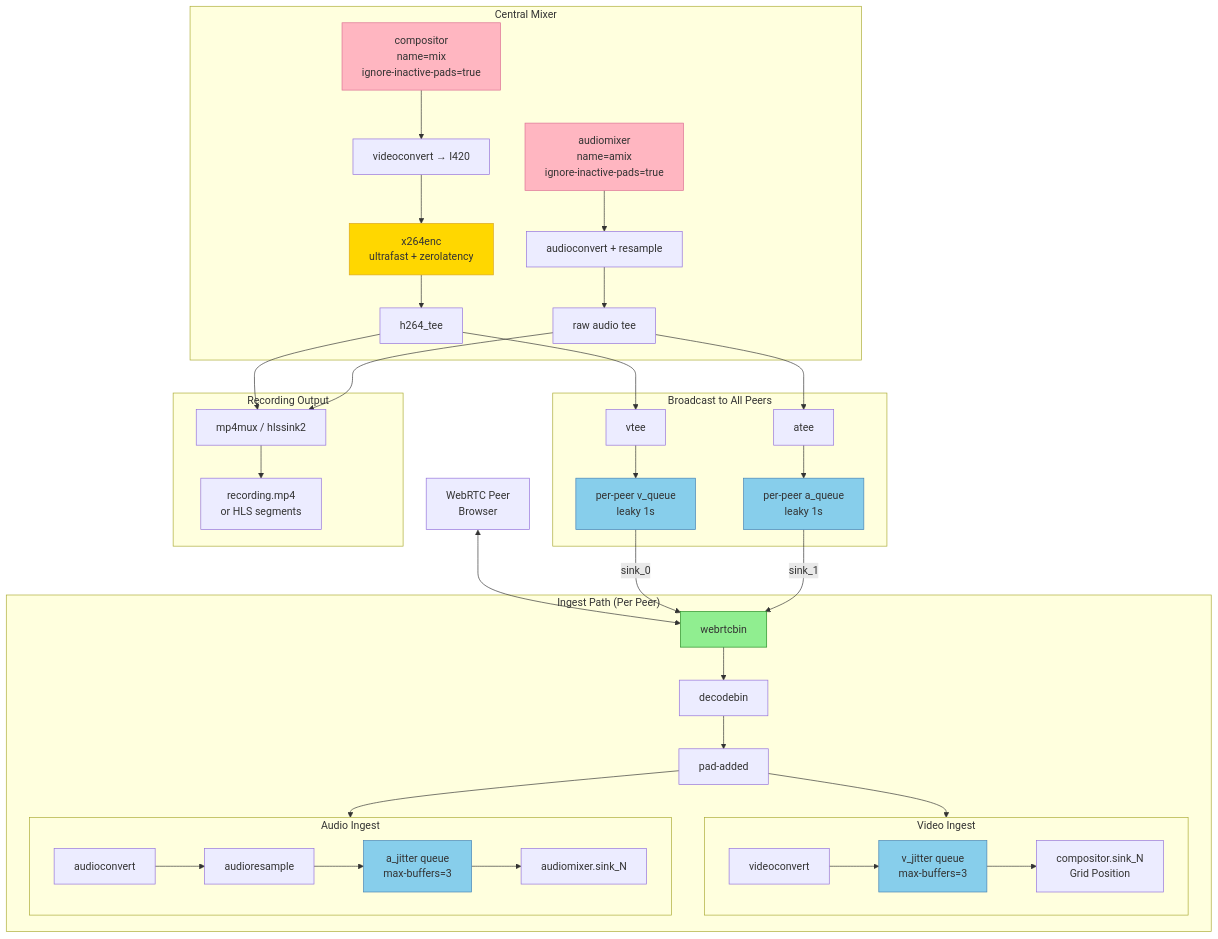
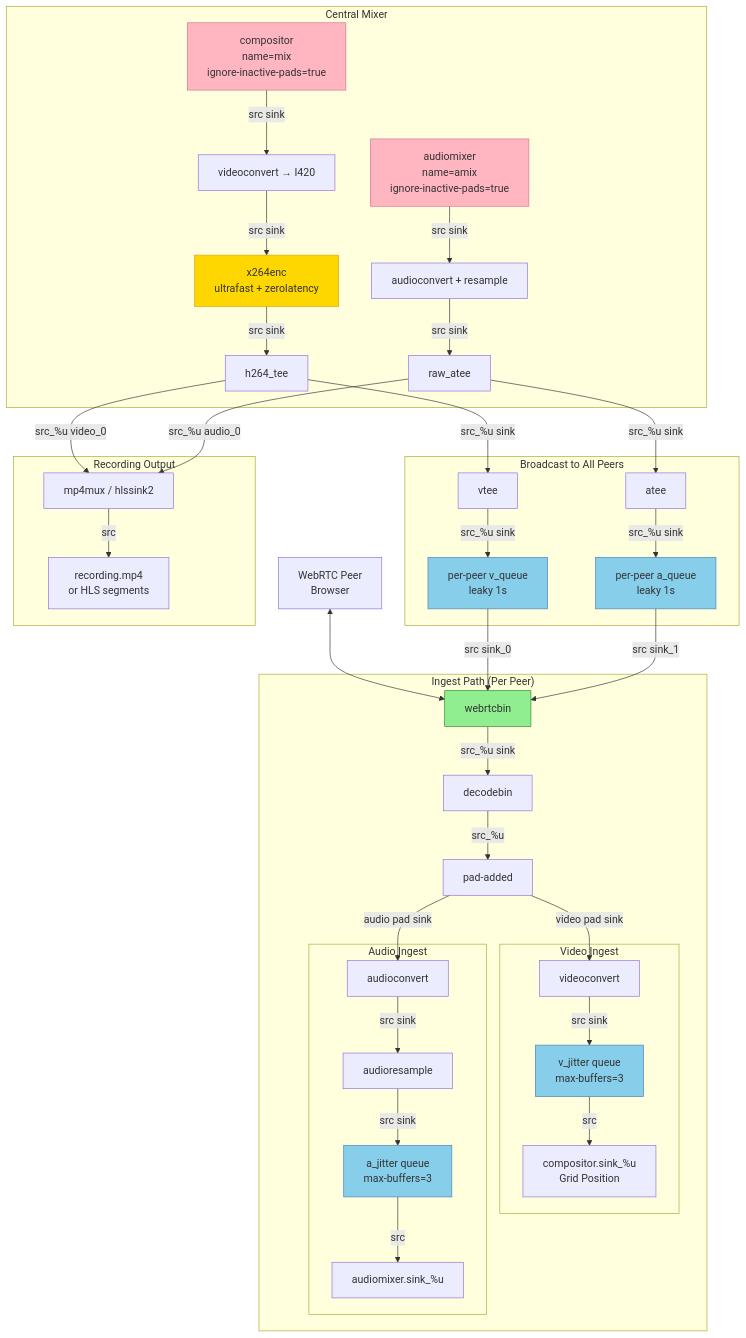
The second of 2 diagrams in GST.md (zencrypted/rtp), drawn with Mermaid before and after one commit.

Commit message:
diagrams verified

````diff
--- a/GST.md
+++ b/GST.md
@@ -71,59 +71,61 @@
 ```mermaid
 flowchart TD
     %% External Peers
     Peer[WebRTC Peer\nBrowser] <--> WB[webrtcbin]
 
     %% Ingest Path (Per Peer)
     subgraph Ingest ["Ingest Path (Per Peer)"]
-        WB --> DB[decodebin]
-        DB --> PAD[pad-added]
+        WB -->|src_%u   sink| DB[decodebin]
+        DB -->|src_%u| PAD[pad-added]
 
-        PAD --> VideoIngest[Video Ingest]
-        PAD --> AudioIngest[Audio Ingest]
+        PAD -->|video pad   sink| VC
+        PAD -->|audio pad   sink| AC
 
         subgraph VideoIngest [Video Ingest]
-            VC[videoconvert] --> JQ[v_jitter queue<br>max-buffers=3]
-            JQ --> COMP_SINK[compositor.sink_N<br>Grid Position]
+            VC[videoconvert] -->|src   sink| JQ[v_jitter queue<br>max-buffers=3]
+            JQ -->|src| COMP_SINK[compositor.sink_%u<br>Grid Position]
         end
 
         subgraph AudioIngest [Audio Ingest]
-            AC[audioconvert] --> AR[audioresample]
-            AR --> AJQ[a_jitter queue<br>max-buffers=3]
-            AJQ --> AMIX_SINK[audiomixer.sink_N]
+            AC[audioconvert] -->|src   sink| AR[audioresample]
+            AR -->|src   sink| AJQ[a_jitter queue<br>max-buffers=3]
+            AJQ -->|src| AMIX_SINK[audiomixer.sink_%u]
         end
     end
 
     %% Central Mixing
     subgraph Mixer ["Central Mixer"]
-        COMP[compositor<br>name=mix<br>ignore-inactive-pads=true] --> VCONV[videoconvert → I420]
-        VCONV --> ENC[x264enc<br>ultrafast + zerolatency]
-        ENC --> HTEE[h264_tee]
-        AMIX[audiomixer<br>name=amix<br>ignore-inactive-pads=true] --> ACONV[audioconvert + resample]
-        ACONV --> RAW_A[raw audio tee]
+        COMP[compositor<br>name=mix<br>ignore-inactive-pads=true] -->|src   sink| VCONV[videoconvert → I420]
+        VCONV -->|src   sink| ENC[x264enc<br>ultrafast + zerolatency]
+        ENC -->|src   sink| HTEE[h264_tee]
+        AMIX[audiomixer<br>name=amix<br>ignore-inactive-pads=true] -->|src   sink| ACONV[audioconvert + resample]
+        ACONV -->|src   sink| RAW_A[raw_atee]
     end
 
     %% Broadcast Distribution
     subgraph Broadcast ["Broadcast to All Peers"]
-        HTEE --> VTEE[vtee]
-        VTEE --> VQ[per-peer v_queue<br>leaky 1s] -->|sink_0| WB
-        RAW_A --> ATEE[atee]
-        ATEE --> AQ[per-peer a_queue<br>leaky 1s] -->|sink_1| WB
+        HTEE -->|src_%u   sink| VTEE[vtee]
+        VTEE -->|src_%u   sink| VQ[per-peer v_queue<br>leaky 1s]
+        VQ -->|src   sink_0| WB
+        RAW_A -->|src_%u   sink| ATEE[atee]
+        ATEE -->|src_%u   sink| AQ[per-peer a_queue<br>leaky 1s]
+        AQ -->|src   sink_1| WB
     end
 
     %% Recording
     subgraph Recording ["Recording Output"]
-        HTEE --> MUX[mp4mux / hlssink2]
-        RAW_A --> MUX
-        MUX --> OUT[recording.mp4<br>or HLS segments]
+        HTEE -->|src_%u   video_0| MUX[mp4mux / hlssink2]
+        RAW_A -->|src_%u   audio_0| MUX
+        MUX -->|src| OUT[recording.mp4<br>or HLS segments]
     end
 
     classDef webrtc fill:#90EE90,stroke:#228B22
     classDef mixer fill:#FFB6C1,stroke:#DB7093
     classDef queue fill:#87CEEB,stroke:#4682B4
     classDef encoder fill:#FFD700,stroke:#DAA520
 
     class WB webrtc
     class COMP,AMIX mixer
     class JQ,AJQ,VQ,AQ queue
     class ENC encoder
 ```
````
